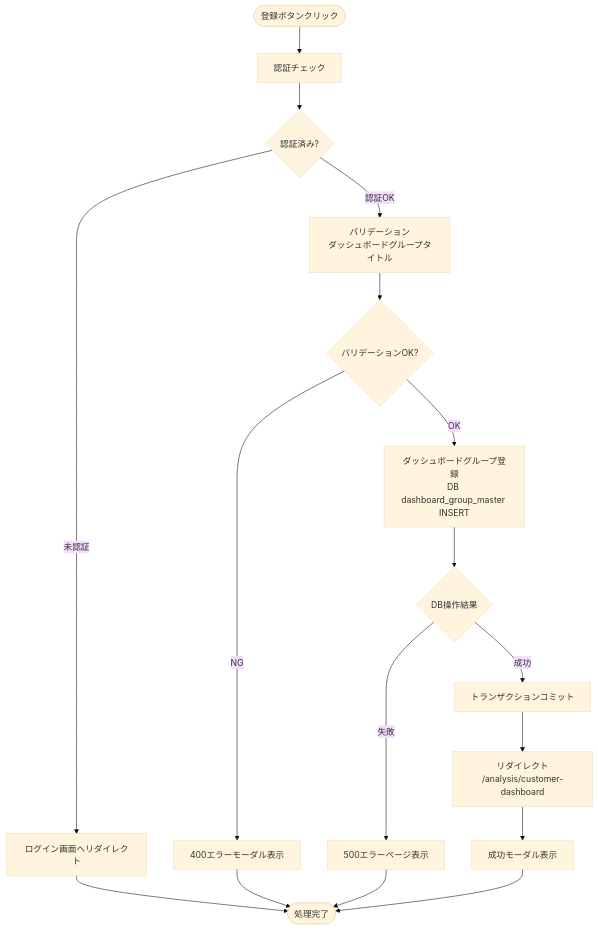
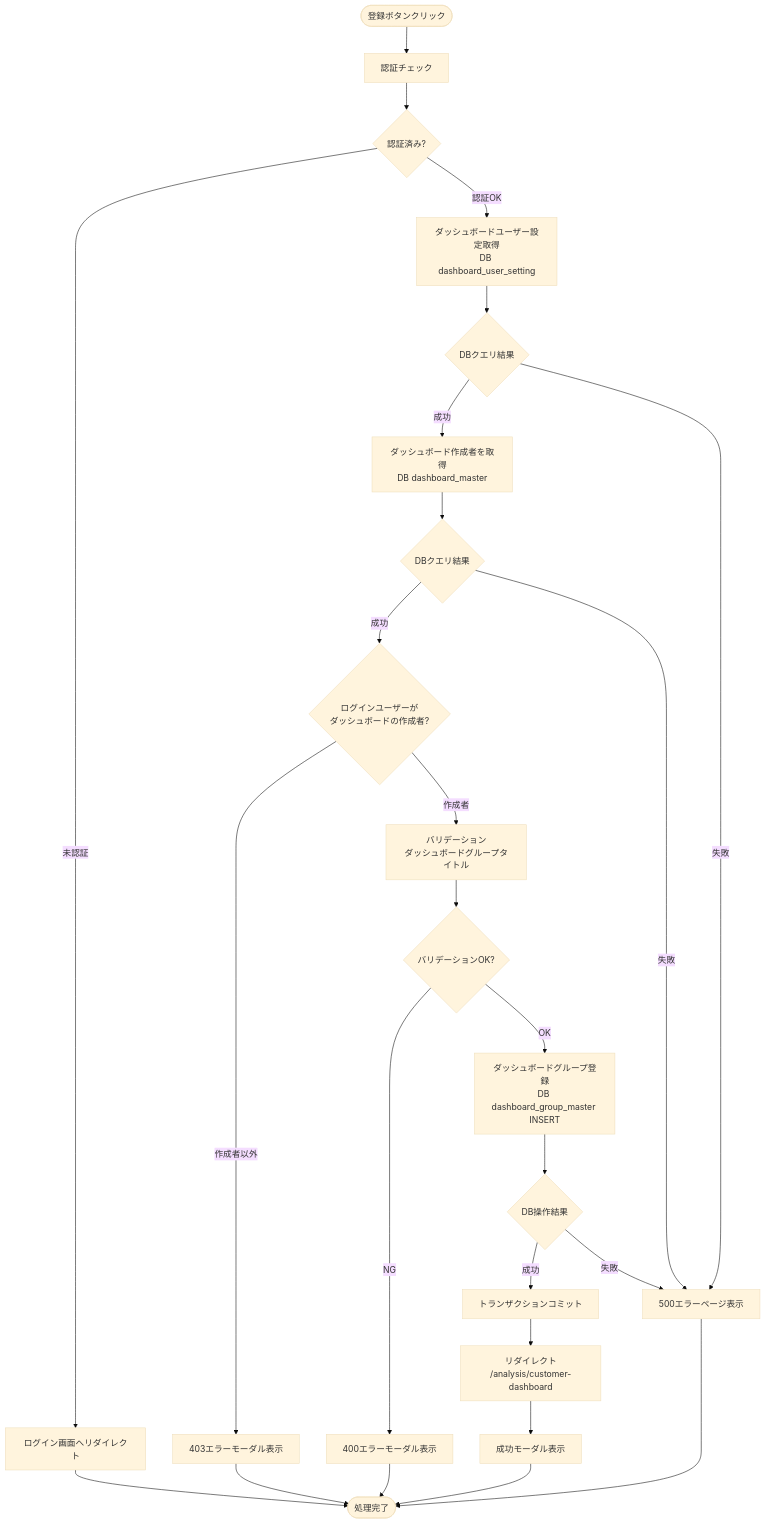
Before and after one commit to NSW-SVCP-AIWG002/Databricks-IoT: the seventh of 15 diagrams in docs/03-features/flask-app/customer-dashboard/common/workflow-specification.md, drawn with Mermaid (base theme). The commit also changed other lines of this file and 4 other files, not shown here.

````diff
--- a/docs/03-features/flask-app/customer-dashboard/common/workflow-specification.md
+++ b/docs/03-features/flask-app/customer-dashboard/common/workflow-specification.md
@@ -1316,23 +1307,35 @@
 ```mermaid
 flowchart TD
     Start([登録ボタンクリック]) --> Auth[認証チェック]
     Auth --> CheckAuth{認証済み?}
     CheckAuth -->|未認証| LoginRedirect[ログイン画面へリダイレクト]
+    CheckAuth -->|認証OK| UserSettingQuery[ダッシュボードユーザー設定取得<br>DB dashboard_user_setting]
 
-    CheckAuth -->|認証OK| Validate[バリデーション<br>ダッシュボードグループタイトル]
+    UserSettingQuery --> CheckUserSettingQuery{DBクエリ結果}
+    CheckUserSettingQuery -->|成功| DashboardQuery[ダッシュボード作成者を取得<br>DB dashboard_master]
+    CheckUserSettingQuery -->|失敗| Error500[500エラーページ表示]
+
+    DashboardQuery --> CheckDashboardQuery{DBクエリ結果}
+    CheckDashboardQuery -->|成功| CheckCreator{ログインユーザーが<br>ダッシュボードの作成者?}
+    CheckDashboardQuery -->|失敗| Error500
+
+    CheckCreator -->|作成者以外| Error403[403エラーモーダル表示]
+    CheckCreator -->|作成者| Validate[バリデーション<br>ダッシュボードグループタイトル]
+
     Validate --> CheckValidate{バリデーションOK?}
     CheckValidate -->|NG| Error400[400エラーモーダル表示]
+    CheckValidate -->|OK| Insert[ダッシュボードグループ登録<br>DB dashboard_group_master INSERT]
 
-    CheckValidate -->|OK| Insert[ダッシュボードグループ登録<br>DB dashboard_group_master INSERT]
     Insert --> CheckInsert{DB操作結果}
+    CheckInsert -->|成功| Commit[トランザクションコミット]
     CheckInsert -->|失敗| Error500[500エラーページ表示]
-    CheckInsert -->|成功| Commit[トランザクションコミット]
 
     Commit --> Redirect[リダイレクト<br>/analysis/customer-dashboard]
     Redirect --> 200OK[成功モーダル表示]
 
     LoginRedirect --> End([処理完了])
     200OK --> End
     Error400 --> End
+    Error403 --> End
     Error500 --> End
 ```
````
